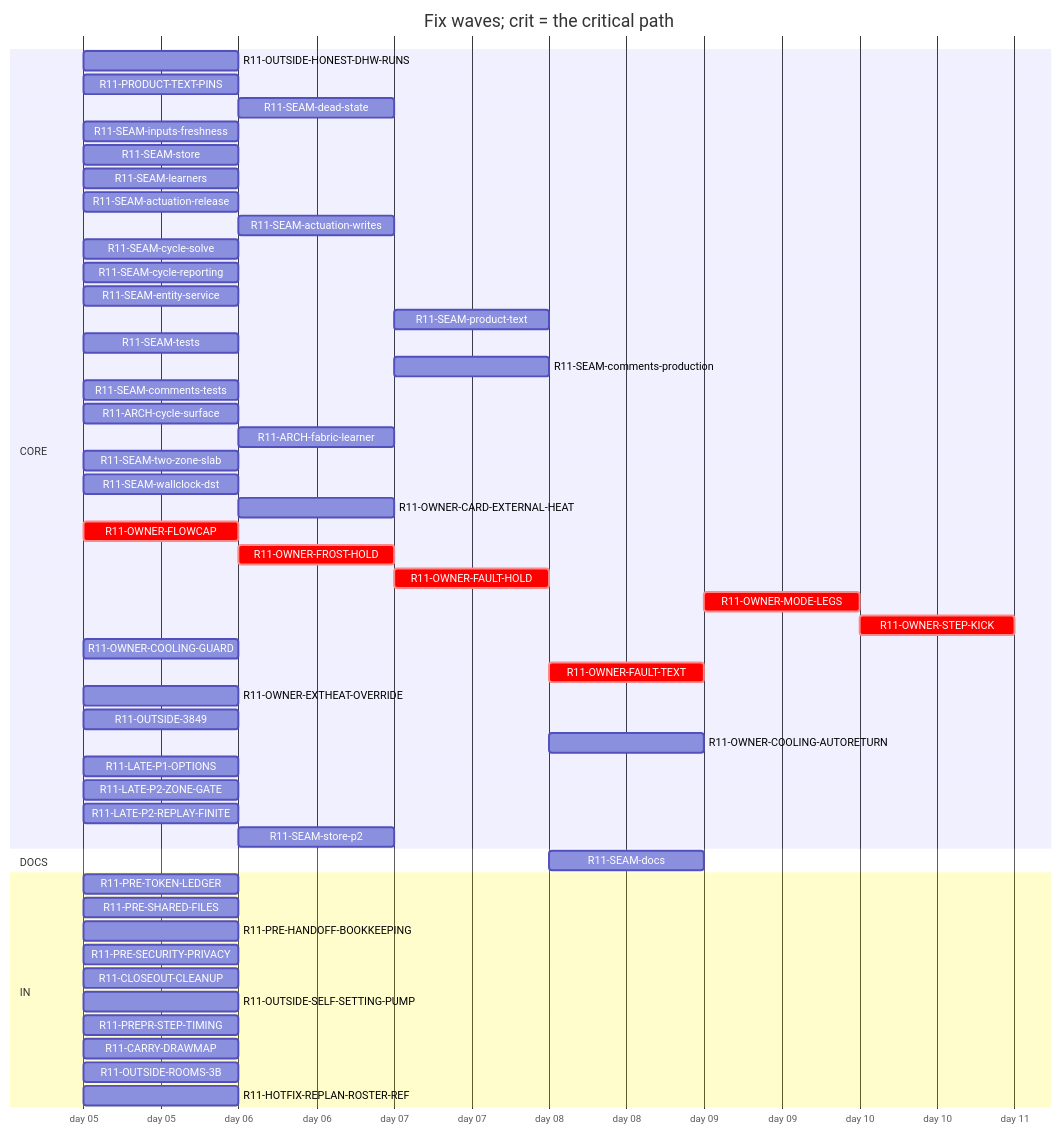
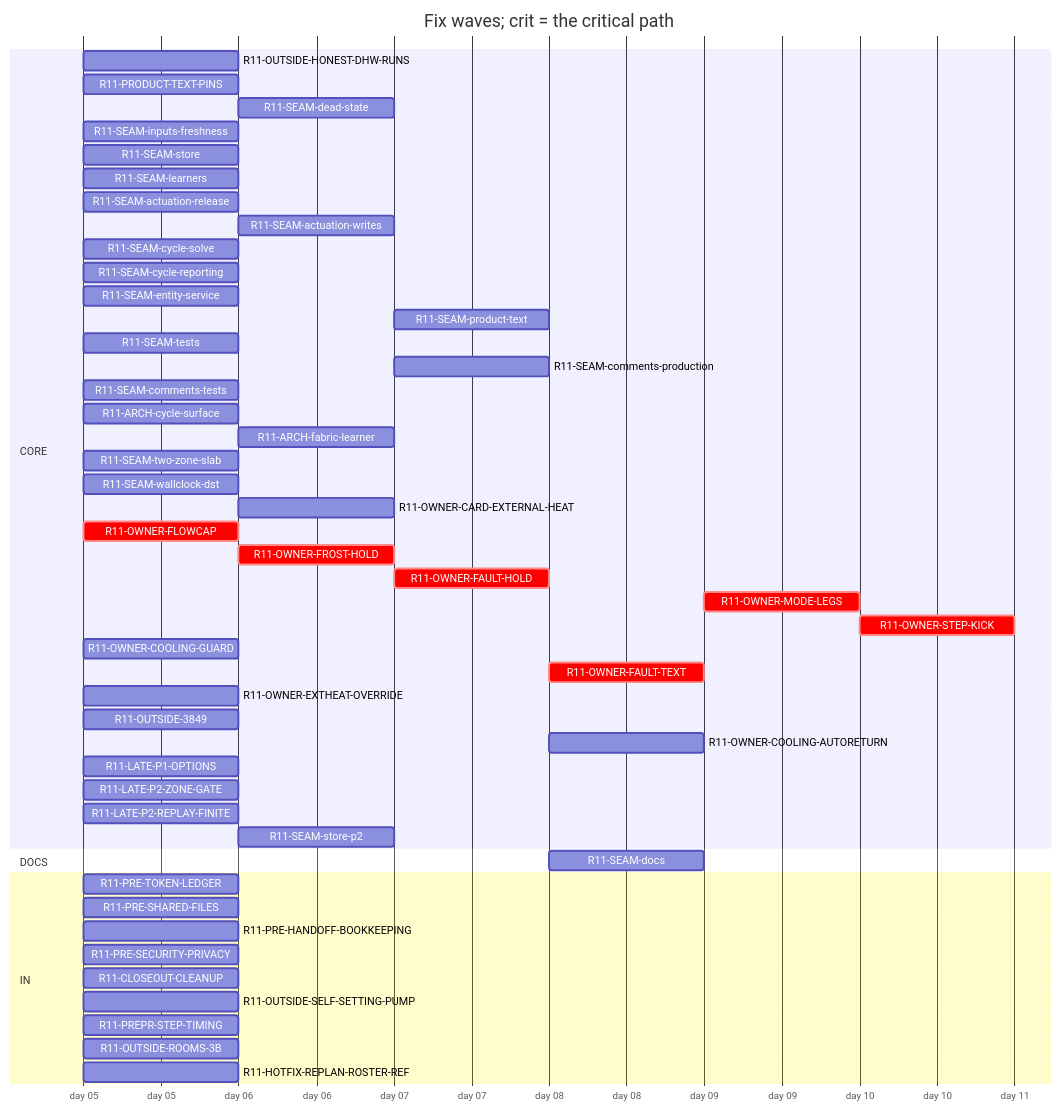
Before and after one commit to tvofi/heatpump_optimizer: the diagram in handoff/round11/state/PLAN-TABLE.md, drawn with Mermaid. The commit also changed other lines of this file and 2 other files, not shown here.

Commit message:
state: FLOW-BOARD.md, NEXT-SESSION-PROMPT.md, PLAN-TABLE.md, PLAN.html, RESUME-CURRENT.md regenerated (state_docs.py)

````diff
--- a/handoff/round11/state/PLAN-TABLE.md
+++ b/handoff/round11/state/PLAN-TABLE.md
@@ -16,54 +16,53 @@
 ```mermaid
 gantt
   title Fix waves; crit = the critical path
   dateFormat YYYY-MM-DD
   axisFormat day %d
   section CORE
     R11-OUTSIDE-HONEST-DHW-RUNS :r11OUTSIDEHONESTDHWRUNS, 2026-01-05, 1d
     R11-PRODUCT-TEXT-PINS :r11PRODUCTTEXTPINS, 2026-01-05, 1d
     R11-SEAM-dead-state :r11SEAMdeadstate, after r11SEAMstore, 1d
     R11-SEAM-inputs-freshness :r11SEAMinputsfreshness, 2026-01-05, 1d
     R11-SEAM-store :r11SEAMstore, 2026-01-05, 1d
     R11-SEAM-learners :r11SEAMlearners, 2026-01-05, 1d
     R11-SEAM-actuation-release :r11SEAMactuationrelease, 2026-01-05, 1d
     R11-SEAM-actuation-writes :r11SEAMactuationwrites, after r11SEAMactuationrelease, 1d
     R11-SEAM-cycle-solve :r11SEAMcyclesolve, 2026-01-05, 1d
     R11-SEAM-cycle-reporting :r11SEAMcyclereporting, 2026-01-05, 1d
     R11-SEAM-entity-service :r11SEAMentityservice, 2026-01-05, 1d
     R11-SEAM-product-text :r11SEAMproducttext, after r11SEAMactuationrelease r11SEAMactuationwrites r11SEAMentityservice r11SEAMinputsfreshness r11SEAMcyclesolve r11SEAMcyclereporting, 1d
     R11-SEAM-tests :r11SEAMtests, 2026-01-05, 1d
     R11-SEAM-comments-production :r11SEAMcommentsproduction, after r11SEAMactuationrelease r11SEAMactuationwrites r11SEAMentityservice r11SEAMinputsfreshness r11SEAMcyclesolve r11SEAMcyclereporting, 1d
     R11-SEAM-comments-tests :r11SEAMcommentstests, 2026-01-05, 1d
     R11-ARCH-cycle-surface :r11ARCHcyclesurface, 2026-01-05, 1d
     R11-ARCH-fabric-learner :r11ARCHfabriclearner, after r11SEAMlearners, 1d
     R11-SEAM-two-zone-slab :r11SEAMtwozoneslab, 2026-01-05, 1d
     R11-SEAM-wallclock-dst :r11SEAMwallclockdst, 2026-01-05, 1d
     R11-OWNER-CARD-EXTERNAL-HEAT :r11OWNERCARDEXTERNALHEAT, after r11OWNEREXTHEATOVERRIDE, 1d
     R11-OWNER-FLOWCAP :crit, r11OWNERFLOWCAP, 2026-01-05, 1d
     R11-OWNER-FROST-HOLD :crit, r11OWNERFROSTHOLD, after r11OWNERFLOWCAP, 1d
     R11-OWNER-FAULT-HOLD :crit, r11OWNERFAULTHOLD, after r11OWNERFROSTHOLD, 1d
     R11-OWNER-MODE-LEGS :crit, r11OWNERMODELEGS, after r11OWNERFAULTTEXT, 1d
     R11-OWNER-STEP-KICK :crit, r11OWNERSTEPKICK, after r11OWNERMODELEGS, 1d
     R11-OWNER-COOLING-GUARD :r11OWNERCOOLINGGUARD, 2026-01-05, 1d
     R11-OWNER-FAULT-TEXT :crit, r11OWNERFAULTTEXT, after r11OWNERFAULTHOLD, 1d
     R11-OWNER-EXTHEAT-OVERRIDE :r11OWNEREXTHEATOVERRIDE, 2026-01-05, 1d
     R11-OUTSIDE-3849 :r11OUTSIDE3849, 2026-01-05, 1d
     R11-OWNER-COOLING-AUTORETURN :r11OWNERCOOLINGAUTORETURN, after r11OWNERCOOLINGGUARD r11OWNERFAULTHOLD, 1d
     R11-LATE-P1-OPTIONS :r11LATEP1OPTIONS, 2026-01-05, 1d
     R11-LATE-P2-ZONE-GATE :r11LATEP2ZONEGATE, 2026-01-05, 1d
     R11-LATE-P2-REPLAY-FINITE :r11LATEP2REPLAYFINITE, 2026-01-05, 1d
     R11-SEAM-store-p2 :r11SEAMstorep2, after r11SEAMstore, 1d
   section DOCS
     R11-SEAM-docs :r11SEAMdocs, after r11SEAMlearners r11SEAMactuationrelease r11SEAMactuationwrites r11SEAMentityservice r11SEAMinputsfreshness r11SEAMcyclesolve r11SEAMcyclereporting r11SEAMproducttext, 1d
   section IN
     R11-PRE-TOKEN-LEDGER :r11PRETOKENLEDGER, 2026-01-05, 1d
     R11-PRE-SHARED-FILES :r11PRESHAREDFILES, 2026-01-05, 1d
     R11-PRE-HANDOFF-BOOKKEEPING :r11PREHANDOFFBOOKKEEPING, 2026-01-05, 1d
     R11-PRE-SECURITY-PRIVACY :r11PRESECURITYPRIVACY, 2026-01-05, 1d
     R11-CLOSEOUT-CLEANUP :r11CLOSEOUTCLEANUP, 2026-01-05, 1d
     R11-OUTSIDE-SELF-SETTING-PUMP :r11OUTSIDESELFSETTINGPUMP, 2026-01-05, 1d
     R11-PREPR-STEP-TIMING :r11PREPRSTEPTIMING, 2026-01-05, 1d
-    R11-CARRY-DRAWMAP :r11CARRYDRAWMAP, 2026-01-05, 1d
     R11-OUTSIDE-ROOMS-3B :r11OUTSIDEROOMS3B, 2026-01-05, 1d
     R11-HOTFIX-REPLAN-ROSTER-REF :r11HOTFIXREPLANROSTERREF, 2026-01-05, 1d
 ```
````
